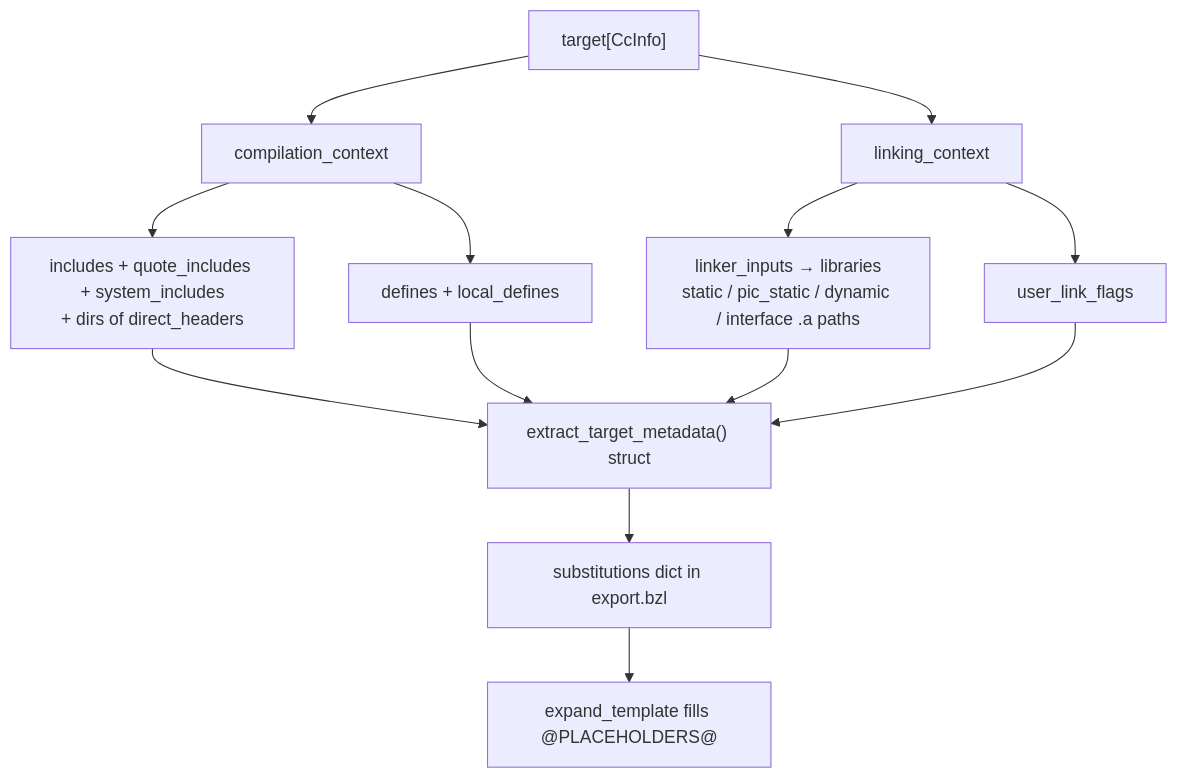
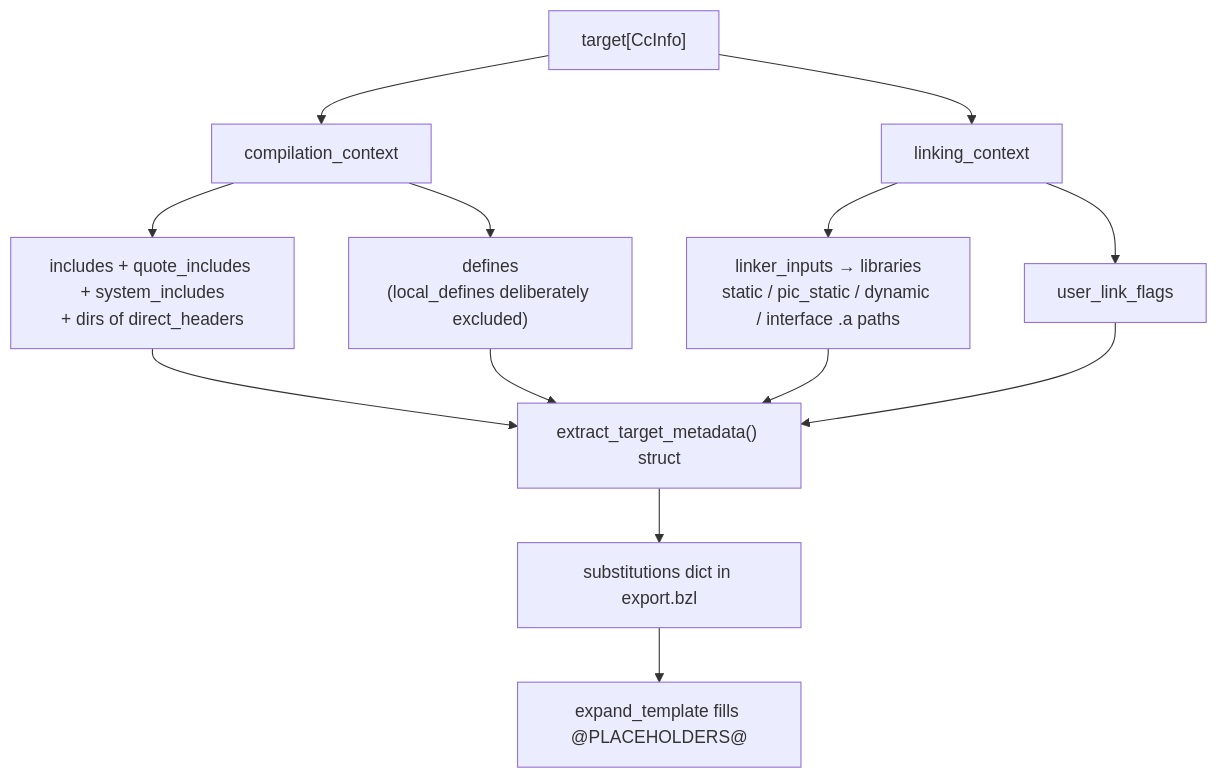
Before and after one commit to eclipse-hephaestus/rules_bdeg: the third of 4 diagrams in docs/how-rules-bdeg-works.md, drawn with Mermaid. The commit also changed other lines of this file and 17 other files, not shown here.

````diff
--- a/docs/how-rules-bdeg-works.md
+++ b/docs/how-rules-bdeg-works.md
@@ -140,18 +140,18 @@
 ```mermaid
 flowchart TD
     CC["target[CcInfo]"] --> COMP["compilation_context"]
     CC --> LINK["linking_context"]
 
     COMP --> I1["includes + quote_includes + system_includes<br/>+ dirs of direct_headers"]
-    COMP --> I2["defines + local_defines"]
+    COMP --> I2["defines<br/>(local_defines deliberately excluded)"]
     LINK --> L1["linker_inputs → libraries<br/>static / pic_static / dynamic / interface .a paths"]
     LINK --> L2["user_link_flags"]
 
     I1 --> M["extract_target_metadata() struct"]
     I2 --> M
     L1 --> M
     L2 --> M
 
     M --> SUB["substitutions dict in export.bzl"]
     SUB --> TPL["expand_template fills @PLACEHOLDERS@"]
 ```
````
